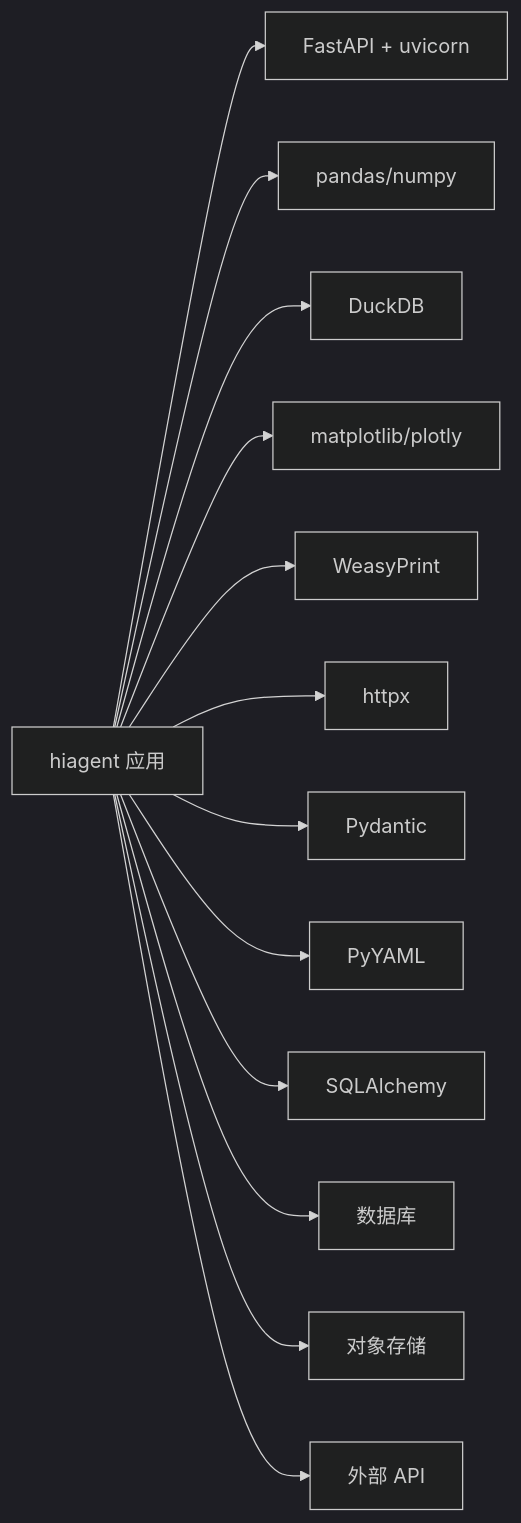
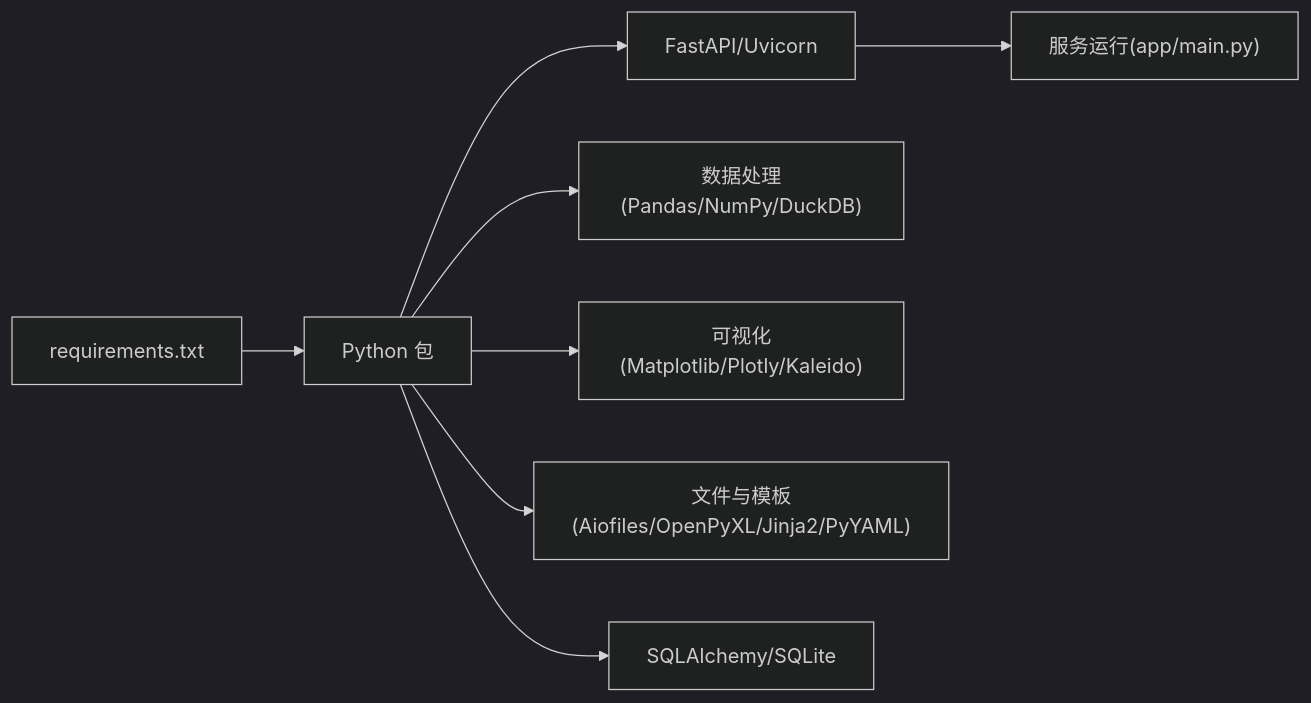
The fifth of 6 diagrams in .qoder/repowiki/zh/content/部署指南.md (liang996plus/qoder_cn), drawn with Mermaid (dark theme) before and after one commit. The commit also changed other lines of this file and 100 other files, not shown here.

````diff
--- a/.qoder/repowiki/zh/content/部署指南.md
+++ b/.qoder/repowiki/zh/content/部署指南.md
@@ -159,15 +211,10 @@
 ```mermaid
 graph LR
-App["hiagent 应用"] --> FastAPI["FastAPI + uvicorn"]
-App --> Pandas["pandas/numpy"]
-App --> DuckDB["DuckDB"]
-App --> Plotly["matplotlib/plotly"]
-App --> Weasy["WeasyPrint"]
-App --> HTTPX["httpx"]
-App --> Pydantic["Pydantic"]
-App --> PyYAML["PyYAML"]
-App --> SQLAlchemy["SQLAlchemy"]
-App --> DB["数据库"]
-App --> OSS["对象存储"]
-App --> ExtAPI["外部 API"]
+R["requirements.txt"] --> P["Python 包"]
+P --> F["FastAPI/Uvicorn"]
+P --> D["数据处理(Pandas/NumPy/DuckDB)"]
+P --> V["可视化(Matplotlib/Plotly/Kaleido)"]
+P --> IO["文件与模板(Aiofiles/OpenPyXL/Jinja2/PyYAML)"]
+P --> DB["SQLAlchemy/SQLite"]
+F --> S["服务运行(app/main.py)"]
 ```
````
